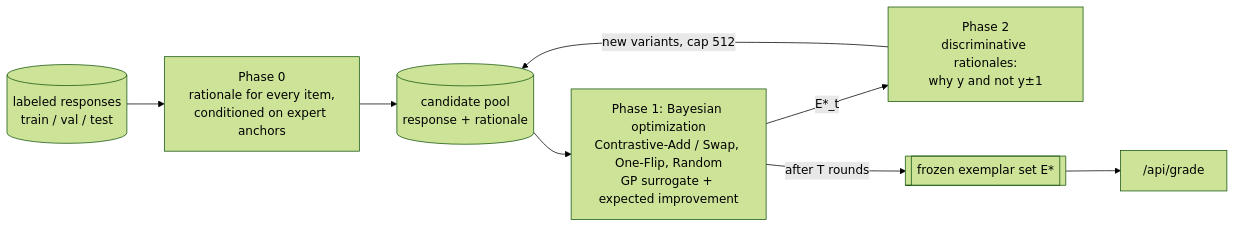
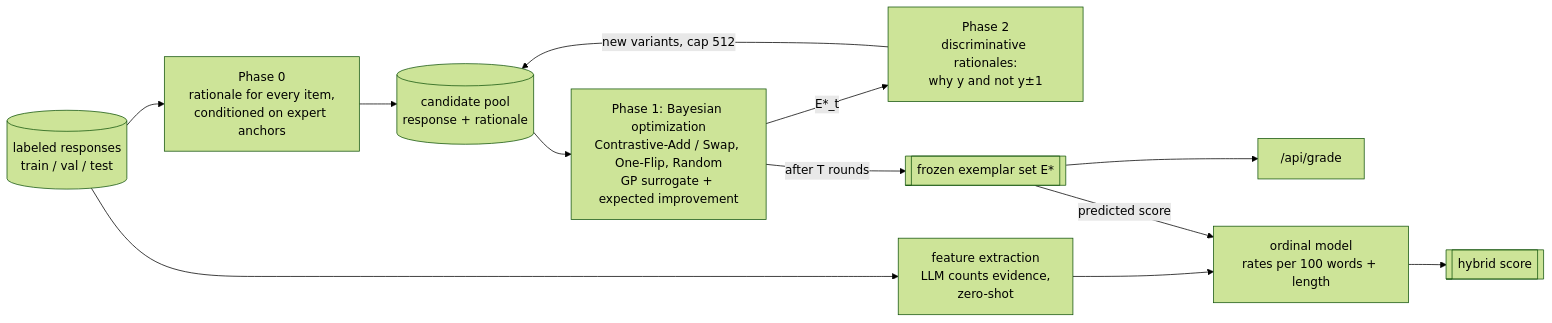
Before and after one commit to divaadaan/guide-exemplars: the diagram in README.md, drawn with Mermaid (forest theme). The commit also changed other lines of this file and 6 other files, not shown here.

First line of the commit message:
Report feature grader and hybrid results; describe how the system works

````diff
--- a/README.md
+++ b/README.md
@@ -21,10 +24,14 @@
 ```mermaid
 flowchart LR
     D[(labeled responses<br/>train / val / test)] --> P0[Phase 0<br/>rationale for every item,<br/>conditioned on expert anchors]
     P0 --> POOL[(candidate pool<br/>response + rationale)]
     POOL --> P1[Phase 1: Bayesian optimization<br/>Contrastive-Add / Swap, One-Flip, Random<br/>GP surrogate + expected improvement]
     P1 -->|E*_t| P2[Phase 2<br/>discriminative rationales:<br/>why y and not y±1]
     P2 -->|new variants, cap 512| POOL
     P1 -->|after T rounds| SET[[frozen exemplar set E*]]
     SET --> G["/api/grade"]
+    D --> FX[feature extraction<br/>LLM counts evidence,<br/>zero-shot]
+    FX --> OR[ordinal model<br/>rates per 100 words + length]
+    SET -->|predicted score| OR
+    OR --> H[[hybrid score]]
 ```
````
